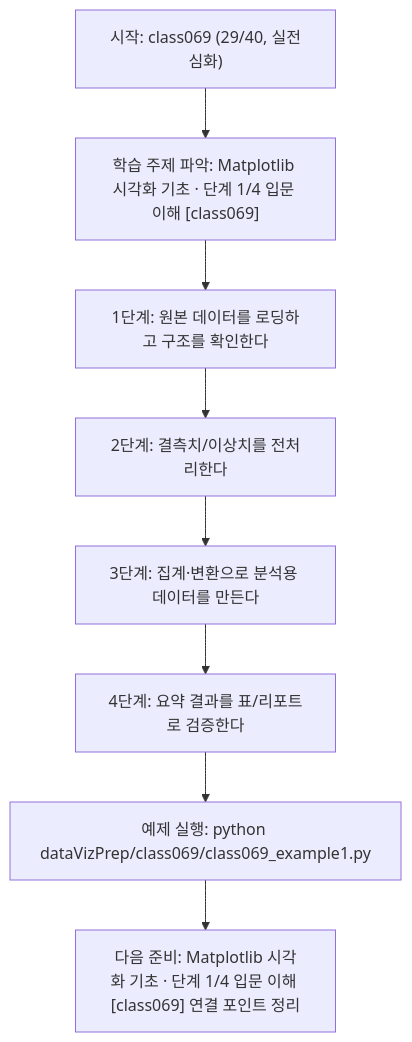
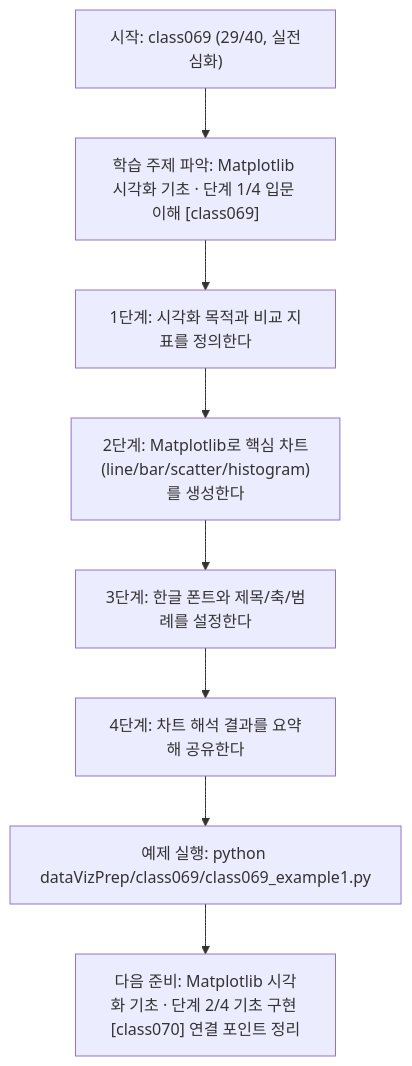
Before and after one commit to edumgt/Python-AI_Agent-Class: the diagram in dataVizPrep/class069/class069.md, drawn with Mermaid. The commit also changed other lines of this file and 283 other files, not shown here.

````diff
--- a/dataVizPrep/class069/class069.md
+++ b/dataVizPrep/class069/class069.md
@@ -111,18 +92,18 @@
 ```mermaid
 flowchart TD
 N1["시작: class069 (29/40, 실전심화)"]
 N2["학습 주제 파악: Matplotlib 시각화 기초 · 단계 1/4 입문 이해 [class069]"]
-N3["1단계: 원본 데이터를 로딩하고 구조를 확인한다"]
-N4["2단계: 결측치/이상치를 전처리한다"]
-N5["3단계: 집계·변환으로 분석용 데이터를 만든다"]
-N6["4단계: 요약 결과를 표/리포트로 검증한다"]
+N3["1단계: 시각화 목적과 비교 지표를 정의한다"]
+N4["2단계: Matplotlib로 핵심 차트(line/bar/scatter/histogram)를 생성한다"]
+N5["3단계: 한글 폰트와 제목/축/범례를 설정한다"]
+N6["4단계: 차트 해석 결과를 요약해 공유한다"]
 N7["예제 실행: python dataVizPrep/class069/class069_example1.py"]
-N8["다음 준비: Matplotlib 시각화 기초 · 단계 1/4 입문 이해 [class069] 연결 포인트 정리"]
+N8["다음 준비: Matplotlib 시각화 기초 · 단계 2/4 기초 구현 [class070] 연결 포인트 정리"]
 N1 --> N2
 N2 --> N3
 N3 --> N4
 N4 --> N5
 N5 --> N6
 N6 --> N7
 N7 --> N8
 ```
````
